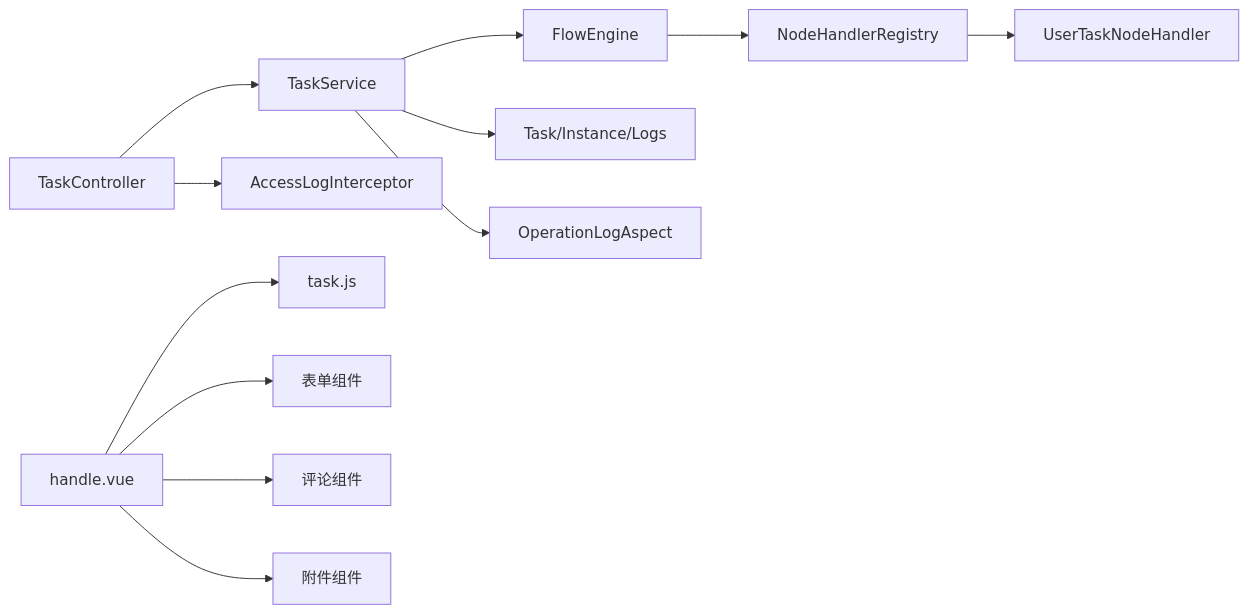
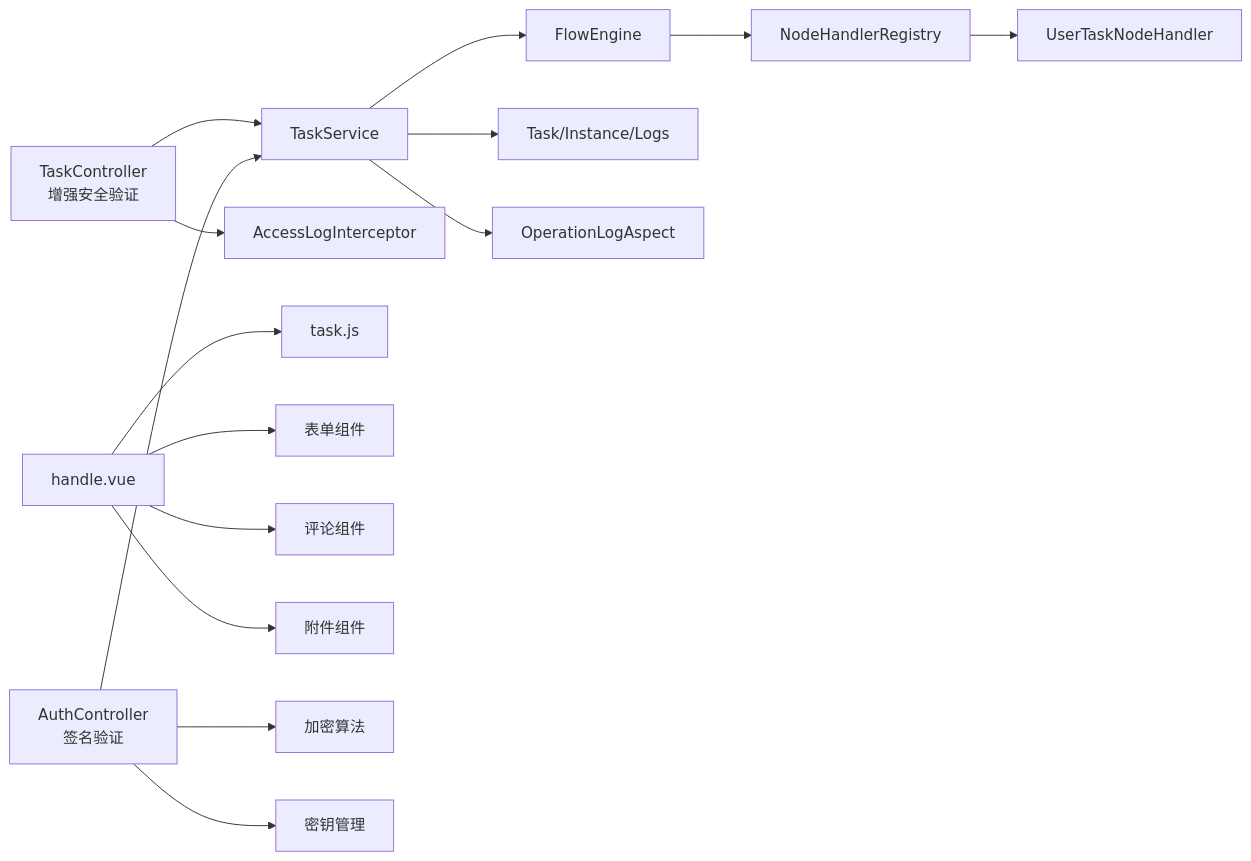
Before and after one commit to liming-lihaini/workflow: diagram 11 of 11 in .qoder/repowiki/zh/content/任务管理/任务操作处理/任务操作处理.md, drawn with Mermaid. The commit also changed other lines of this file and 9 other files, not shown here.

````diff
--- a/.qoder/repowiki/zh/content/任务管理/任务操作处理/任务操作处理.md
+++ b/.qoder/repowiki/zh/content/任务管理/任务操作处理/任务操作处理.md
@@ -537,14 +612,17 @@
 ```mermaid
 graph LR
-Ctrl["TaskController"] --> Svc["TaskService"]
+Ctrl["TaskController<br/>增强安全验证"] --> Svc["TaskService"]
+Auth["AuthController<br/>签名验证"] --> Svc
 Svc --> Eng["FlowEngine"]
 Eng --> Reg["NodeHandlerRegistry"]
 Reg --> Handler["UserTaskNodeHandler"]
 Svc --> DB["Task/Instance/Logs"]
 Ctrl --> Inter["AccessLogInterceptor"]
 Svc --> Aspect["OperationLogAspect"]
 Handle["handle.vue"] --> Api["task.js"]
 Handle --> Form["表单组件"]
 Handle --> Comment["评论组件"]
 Handle --> File["附件组件"]
+Auth --> Crypto["加密算法"]
+Auth --> KeyMgr["密钥管理"]
 ```
````
